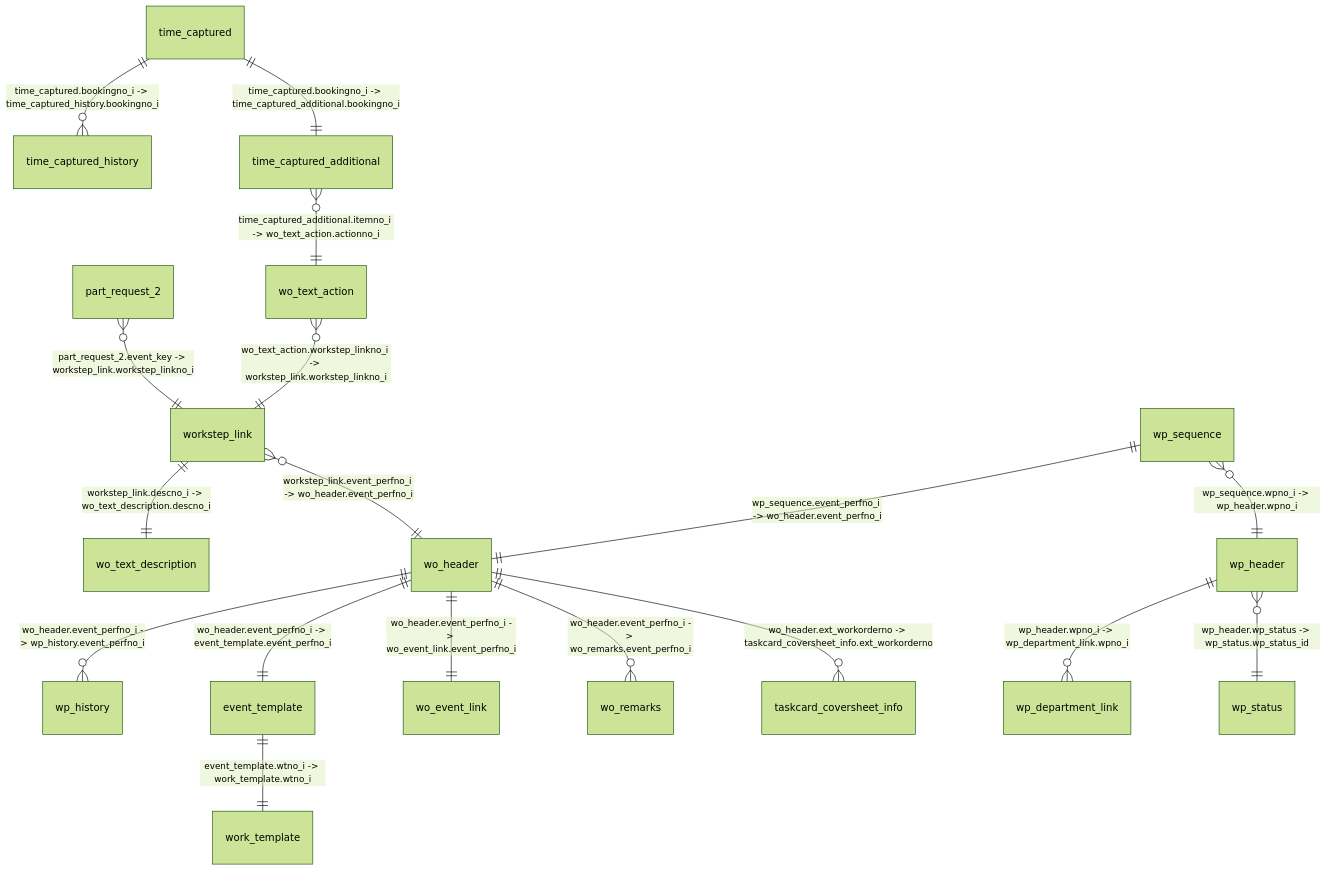
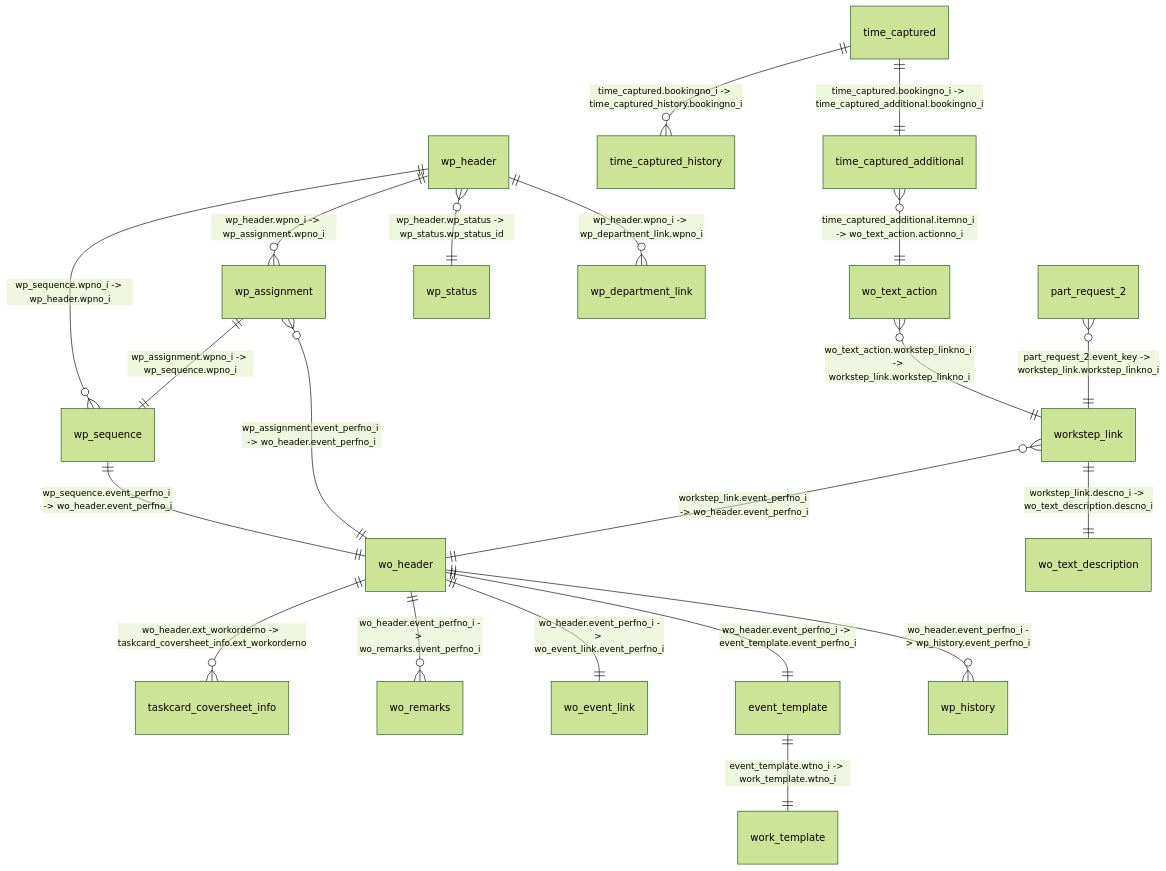
One commit to LongTran2989/AMOS-Extractor changed the diagram in docs/generated/schema.md. Above: the diagram before and after it, drawn with Mermaid (forest theme). The commit also changed other lines of this file and 17 other files, not shown here.

First line of the commit message:
fix: build WP-sequence extraction from wp_assignment so unsequenced items appear

````diff
--- a/docs/generated/schema.md
+++ b/docs/generated/schema.md
@@ -7,20 +7,23 @@
 ```mermaid
 erDiagram
   part_request_2 }o--|| workstep_link : "part_request_2.event_key -> workstep_link.workstep_linkno_i"
   time_captured ||--|| time_captured_additional : "time_captured.bookingno_i -> time_captured_additional.bookingno_i"
   time_captured ||--o{ time_captured_history : "time_captured.bookingno_i -> time_captured_history.bookingno_i"
   time_captured_additional }o--|| wo_text_action : "time_captured_additional.itemno_i -> wo_text_action.actionno_i"
   wo_header ||--o{ taskcard_coversheet_info : "wo_header.ext_workorderno -> taskcard_coversheet_info.ext_workorderno"
   wo_header ||--o{ wo_remarks : "wo_header.event_perfno_i -> wo_remarks.event_perfno_i"
   wo_header ||--|| wo_event_link : "wo_header.event_perfno_i -> wo_event_link.event_perfno_i"
   wo_header ||--|| event_template : "wo_header.event_perfno_i -> event_template.event_perfno_i"
   event_template ||--|| work_template : "event_template.wtno_i -> work_template.wtno_i"
   wo_header ||--o{ wp_history : "wo_header.event_perfno_i -> wp_history.event_perfno_i"
   wp_header }o--|| wp_status : "wp_header.wp_status -> wp_status.wp_status_id"
   wp_header ||--o{ wp_department_link : "wp_header.wpno_i -> wp_department_link.wpno_i"
   workstep_link }o--|| wo_header : "workstep_link.event_perfno_i -> wo_header.event_perfno_i"
   workstep_link ||--|| wo_text_description : "workstep_link.descno_i -> wo_text_description.descno_i"
   wo_text_action }o--|| workstep_link : "wo_text_action.workstep_linkno_i -> workstep_link.workstep_linkno_i"
+  wp_header ||--o{ wp_assignment : "wp_header.wpno_i -> wp_assignment.wpno_i"
+  wp_assignment }o--|| wo_header : "wp_assignment.event_perfno_i -> wo_header.event_perfno_i"
+  wp_assignment ||--|| wp_sequence : "wp_assignment.wpno_i -> wp_sequence.wpno_i"
   wp_sequence }o--|| wp_header : "wp_sequence.wpno_i -> wp_header.wpno_i"
   wp_sequence ||--|| wo_header : "wp_sequence.event_perfno_i -> wo_header.event_perfno_i"
 ```
````
